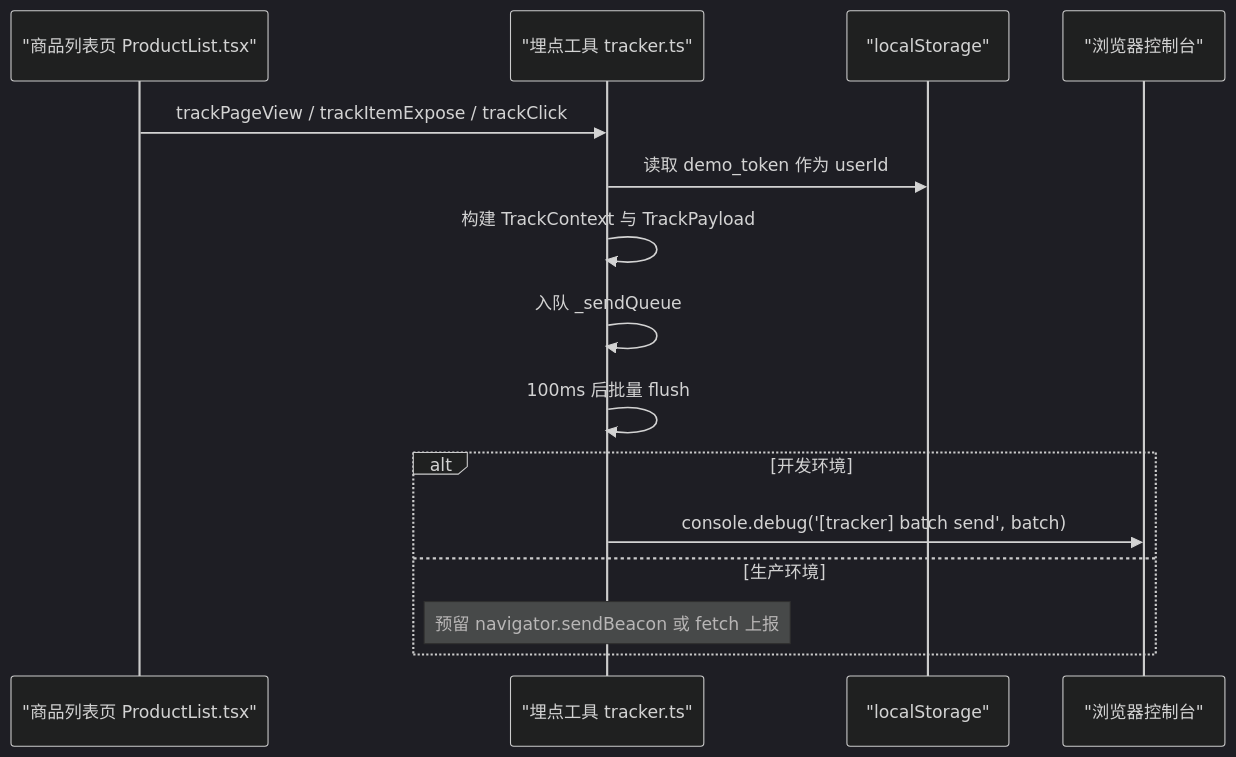
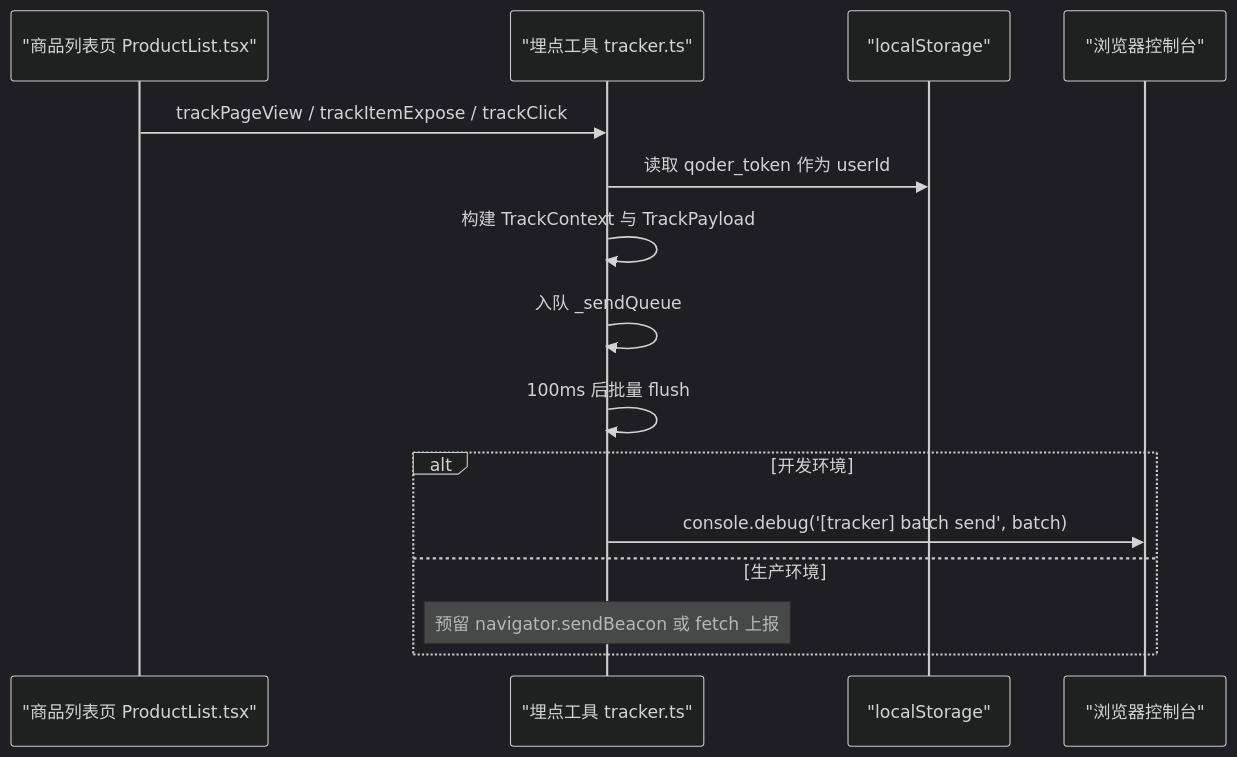
The second of 6 diagrams in .qoder/repowiki/zh/content/前端架构设计/商品子应用(product-app)/用户行为追踪系统.md (haohailiang/qoder-fullstack), drawn with Mermaid (dark theme) before and after one commit. The commit also changed other lines of this file and 45 other files, not shown here.

````diff
--- a/.qoder/repowiki/zh/content/前端架构设计/商品子应用(product-app)/用户行为追踪系统.md
+++ b/.qoder/repowiki/zh/content/前端架构设计/商品子应用(product-app)/用户行为追踪系统.md
@@ -82,17 +82,17 @@
 ```mermaid
 sequenceDiagram
 participant Page as "商品列表页 ProductList.tsx"
 participant Tracker as "埋点工具 tracker.ts"
 participant Storage as "localStorage"
 participant Console as "浏览器控制台"
 Page->>Tracker : trackPageView / trackItemExpose / trackClick
-Tracker->>Storage : 读取 demo_token 作为 userId
+Tracker->>Storage : 读取 qoder_token 作为 userId
 Tracker->>Tracker : 构建 TrackContext 与 TrackPayload
 Tracker->>Tracker : 入队 _sendQueue
 Tracker->>Tracker : 100ms 后批量 flush
 alt 开发环境
 Tracker->>Console : console.debug('[tracker] batch send', batch)
 else 生产环境
 Note over Tracker : 预留 navigator.sendBeacon 或 fetch 上报
 end
 ```
````
